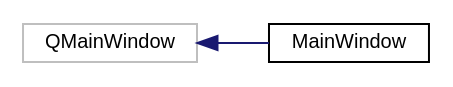
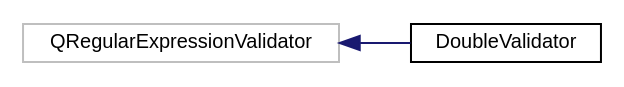
The diagram in inherit_graph_1.dot (JanCaha/cpp-viewshed-library), drawn with Graphviz before and after one commit. The commit also changed 167 other files, not shown here.

```diff
--- a/inherit_graph_1.dot
+++ b/inherit_graph_1.dot
@@ -1,10 +1,10 @@
 digraph "Graphical Class Hierarchy"
 {
  // LATEX_PDF_SIZE
   edge [fontname="Helvetica",fontsize="10",labelfontname="Helvetica",labelfontsize="10"];
   node [fontname="Helvetica",fontsize="10",shape=record];
   rankdir="LR";
-  Node27 [label="QMainWindow",height=0.2,width=0.4,color="grey75", fillcolor="white", style="filled",tooltip=" "];
-  Node27 -> Node0 [dir="back",color="midnightblue",fontsize="10",style="solid",fontname="Helvetica"];
-  Node0 [label="MainWindow",height=0.2,width=0.4,color="black", fillcolor="white", style="filled",URL="$classMainWindow.html",tooltip=" "];
+  Node28 [label="QRegularExpressionValidator",height=0.2,width=0.4,color="grey75", fillcolor="white", style="filled",tooltip=" "];
+  Node28 -> Node0 [dir="back",color="midnightblue",fontsize="10",style="solid",fontname="Helvetica"];
+  Node0 [label="DoubleValidator",height=0.2,width=0.4,color="black", fillcolor="white", style="filled",URL="$classDoubleValidator.html",tooltip=" "];
 }
```
